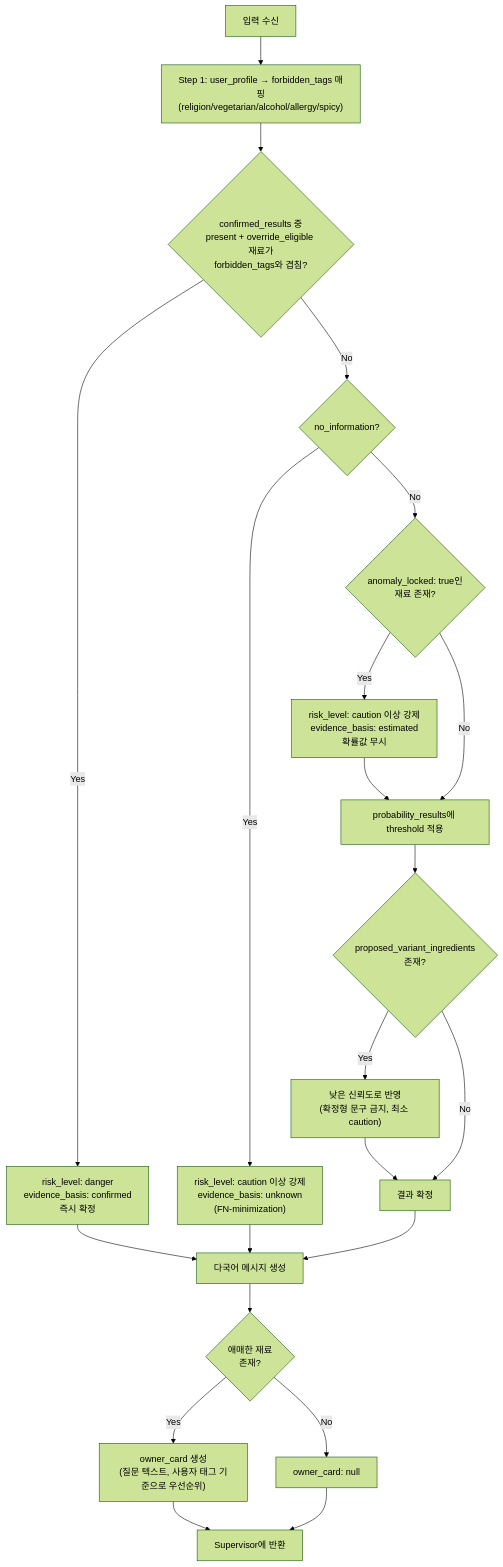
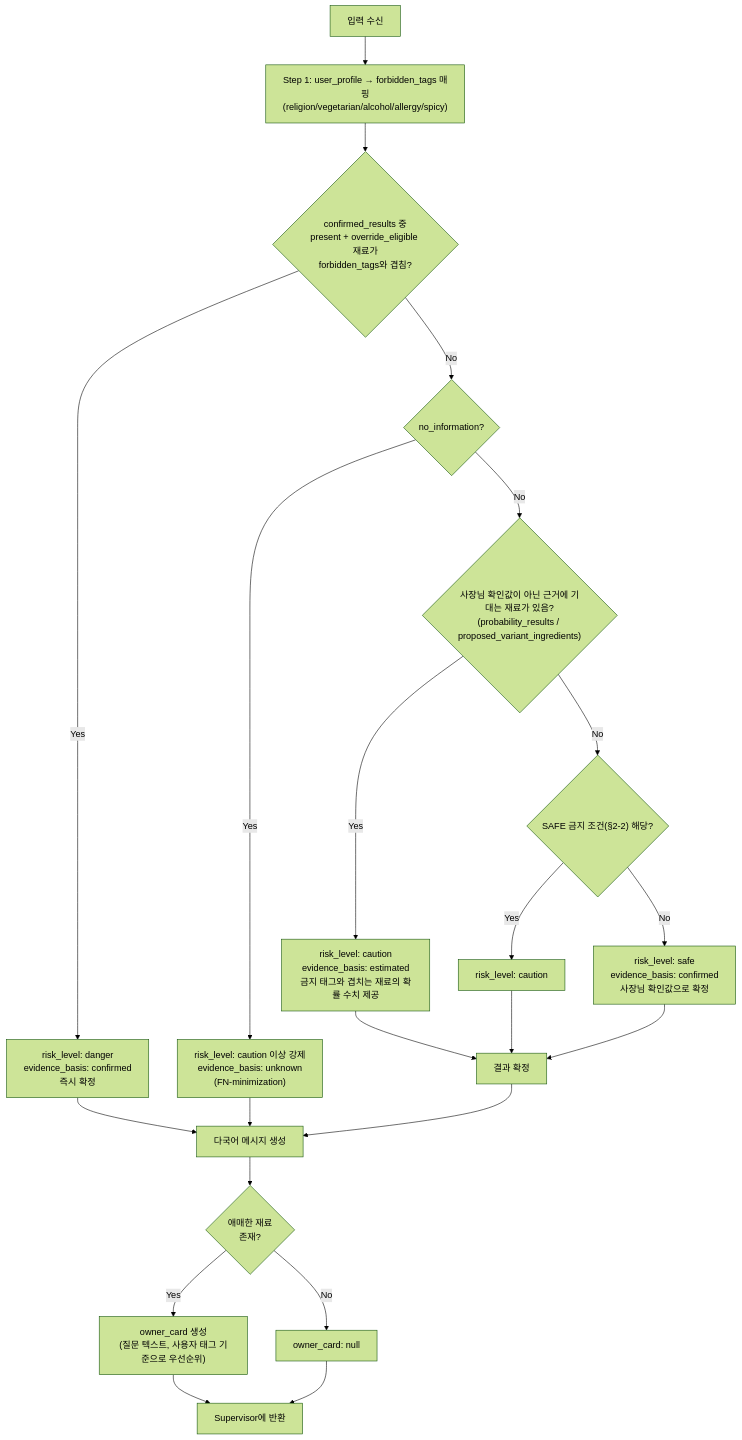
The diagram in docs/agent-8-xai.md (Han-Spoon/ai), drawn with Mermaid (forest theme) before and after one commit. The commit also changed other lines of this file, not shown here.

````diff
--- a/docs/agent-8-xai.md
+++ b/docs/agent-8-xai.md
@@ -100,24 +244,24 @@
 ```mermaid
 flowchart TD
     IN["입력 수신"] --> P1["Step 1: user_profile → forbidden_tags 매핑\n(religion/vegetarian/alcohol/allergy/spicy)"]
     P1 --> P2{"confirmed_results 중\npresent + override_eligible 재료가\nforbidden_tags와 겹침?"}
     P2 -->|Yes| DANGER["risk_level: danger\nevidence_basis: confirmed\n즉시 확정"]
     P2 -->|No| P3{no_information?}
     P3 -->|Yes| CAUTION1["risk_level: caution 이상 강제\nevidence_basis: unknown\n(FN-minimization)"]
-    P3 -->|No| P3B{"anomaly_locked: true인\n재료 존재?"}
-    P3B -->|Yes| CAUTION2["risk_level: caution 이상 강제\nevidence_basis: estimated\n확률값 무시"]
-    P3B -->|No| P4["probability_results에 threshold 적용"]
-    CAUTION2 --> P4
-    P4 --> P5{proposed_variant_ingredients\n존재?}
-    P5 -->|Yes| P6["낮은 신뢰도로 반영\n(확정형 문구 금지, 최소 caution)"]
-    P5 -->|No| P7[결과 확정]
-    P6 --> P7
+    P3 -->|No| P4{"사장님 확인값이 아닌 근거에 기대는 재료가 있음?\n(probability_results / proposed_variant_ingredients)"}
+    P4 -->|Yes| CAUTION2["risk_level: caution\nevidence_basis: estimated\n금지 태그와 겹치는 재료의 확률 수치 제공"]
+    P4 -->|No| P5{"SAFE 금지 조건(§2-2) 해당?"}
+    P5 -->|Yes| CAUTION3["risk_level: caution"]
+    P5 -->|No| SAFE["risk_level: safe\nevidence_basis: confirmed\n사장님 확인값으로 확정"]
+    CAUTION2 --> P7[결과 확정]
+    CAUTION3 --> P7
+    SAFE --> P7
     P7 --> MSG["다국어 메시지 생성"]
     DANGER --> MSG
     CAUTION1 --> MSG
     MSG --> OC{애매한 재료\n존재?}
     OC -->|Yes| CARD["owner_card 생성\n(질문 텍스트, 사용자 태그 기준으로 우선순위)"]
     OC -->|No| DONE["owner_card: null"]
     CARD --> OUT[Supervisor에 반환]
     DONE --> OUT
 ```
````
